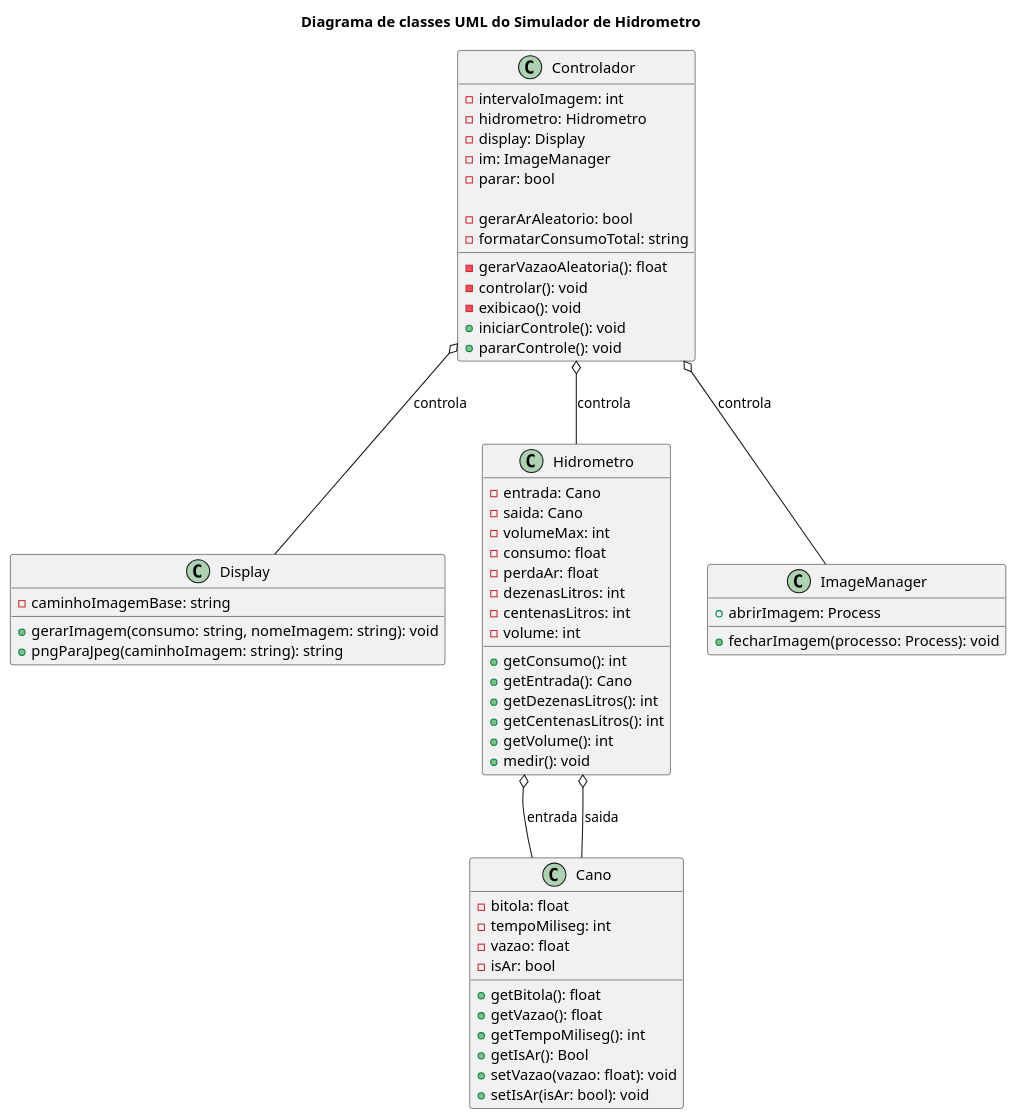
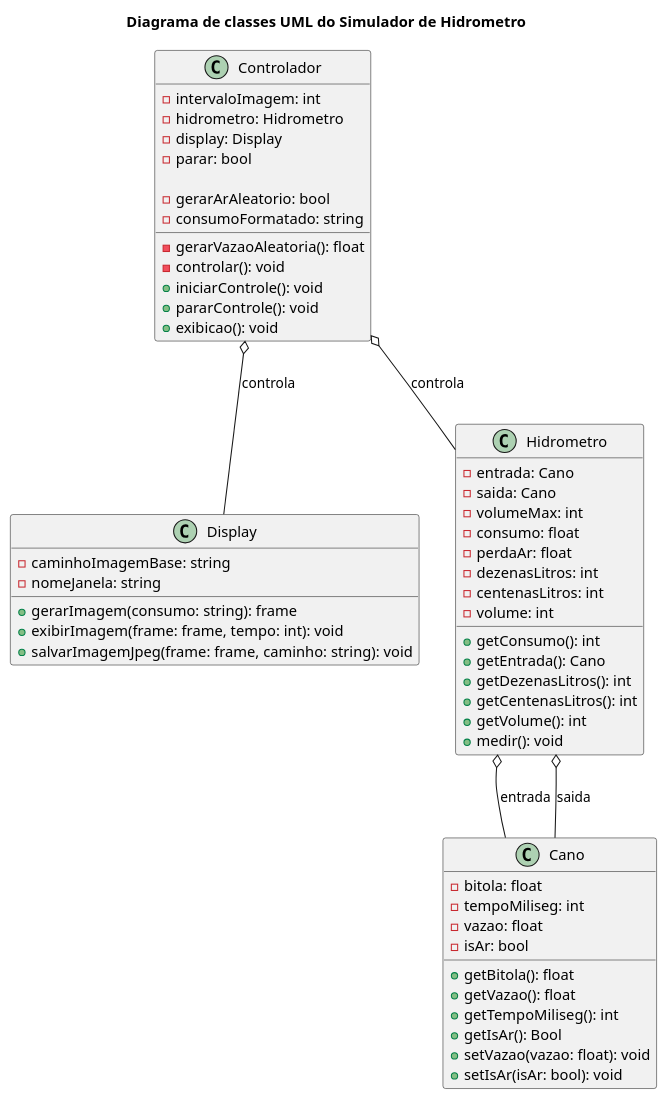
The diagram in docs/diagrama.puml (JeffersonAmorimdaCosta/simulador-hidrometro), drawn with PlantUML before and after one commit. The commit also changed 10 other files, not shown here.

Commit message:
:sparkles: feat: add dynamic hydrometer display :fire: refactor: remove unused ImageManager class

```diff
--- a/docs/diagrama.puml
+++ b/docs/diagrama.puml
@@ -1,71 +1,66 @@
 @startuml
 title Diagrama de classes UML do Simulador de Hidrometro
 
 class Cano {
     - bitola: float
     - tempoMiliseg: int
     - vazao: float
     - isAr: bool
 
     + getBitola(): float
     + getVazao(): float
     + getTempoMiliseg(): int
     + getIsAr(): Bool
     + setVazao(vazao: float): void
     + setIsAr(isAr: bool): void
 }
 
 class Display {
     - caminhoImagemBase: string
+    - nomeJanela: string
 
-    + gerarImagem(consumo: string, nomeImagem: string): void
-    + pngParaJpeg(caminhoImagem: string): string
+    + gerarImagem(consumo: string): frame
+    + exibirImagem(frame: frame, tempo: int): void
+    + salvarImagemJpeg(frame: frame, caminho: string): void
 }
 
 class Hidrometro {
     - entrada: Cano
     - saida: Cano
     - volumeMax: int
     - consumo: float
     - perdaAr: float
     - dezenasLitros: int
     - centenasLitros: int
     - volume: int
 
     + getConsumo(): int
     + getEntrada(): Cano
     + getDezenasLitros(): int
     + getCentenasLitros(): int
     + getVolume(): int
     + medir(): void
 }
 
 class Controlador {
     - intervaloImagem: int
     - hidrometro: Hidrometro
     - display: Display
-    - im: ImageManager
     - parar: bool
 
     - gerarVazaoAleatoria(): float
     - gerarArAleatorio: bool
-    - formatarConsumoTotal: string
+    - consumoFormatado: string
     - controlar(): void
-    - exibicao(): void
     + iniciarControle(): void
     + pararControle(): void
-}
-
-class ImageManager {
-    + abrirImagem: Process
-    + fecharImagem(processo: Process): void
+    + exibicao(): void
 }
 
 '--- Relações ---
 Hidrometro o-- Cano : entrada
 Hidrometro o-- Cano : saida
 Controlador o-- Hidrometro : controla
 Controlador o-- Display : controla
-Controlador o-- ImageManager : controla
 
 @enduml
```
